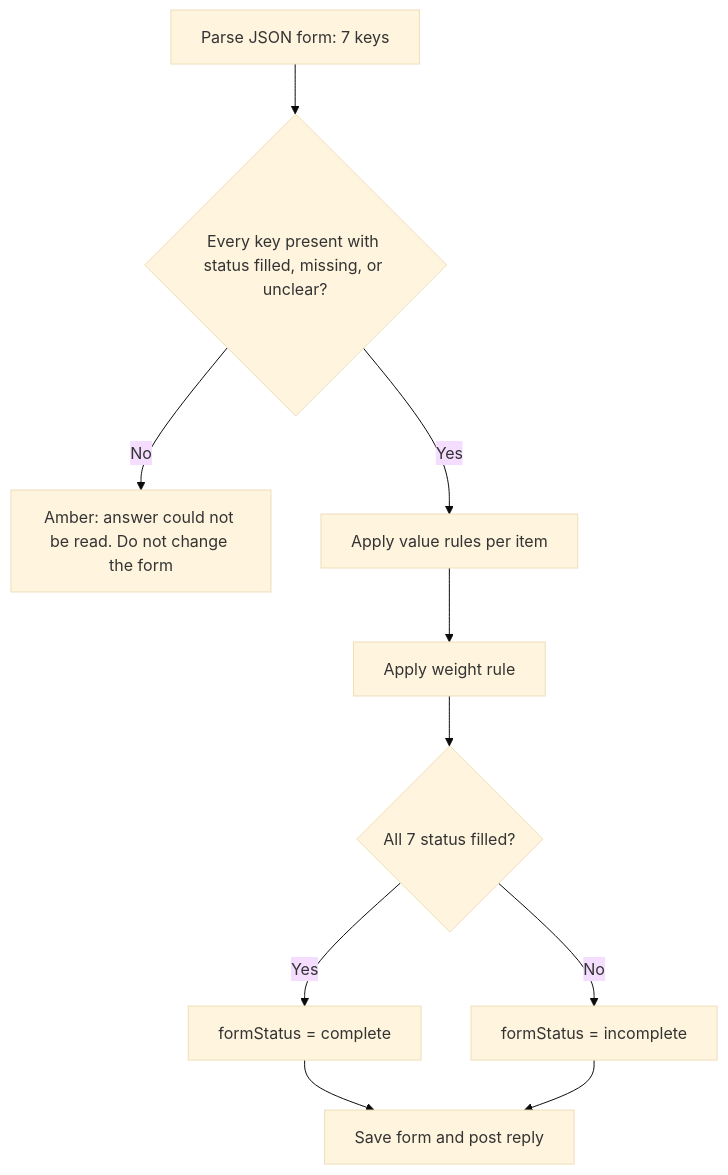
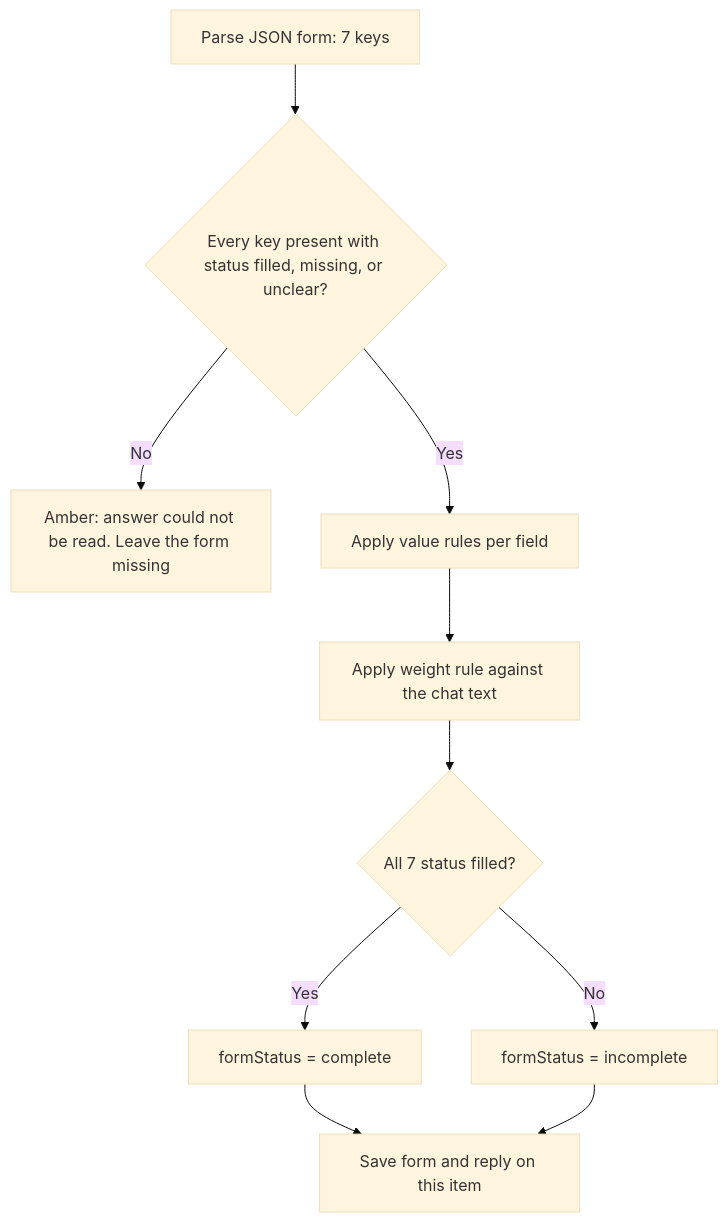
The diagram in docs/POC Spec/POC-Technical-Spec.md (mdangalan/freight-logistics-app), drawn with Mermaid (base theme) before and after one commit. The commit also changed other lines of this file and 3 other files, not shown here.

````diff
--- a/docs/POC Spec/POC-Technical-Spec.md
+++ b/docs/POC Spec/POC-Technical-Spec.md
@@ -167,12 +234,12 @@
 ```mermaid
 flowchart TD
   A[Parse JSON form: 7 keys] --> B{Every key present with status filled, missing, or unclear?}
-  B -->|No| Z[Amber: answer could not be read. Do not change the form]
-  B -->|Yes| C[Apply value rules per item]
-  C --> D[Apply weight rule]
+  B -->|No| Z[Amber: answer could not be read. Leave the form missing]
+  B -->|Yes| C[Apply value rules per field]
+  C --> D[Apply weight rule against the chat text]
   D --> E{All 7 status filled?}
   E -->|Yes| F[formStatus = complete]
   E -->|No| G[formStatus = incomplete]
-  F --> H[Save form and post reply]
+  F --> H[Save form and reply on this item]
   G --> H
 ```
````
